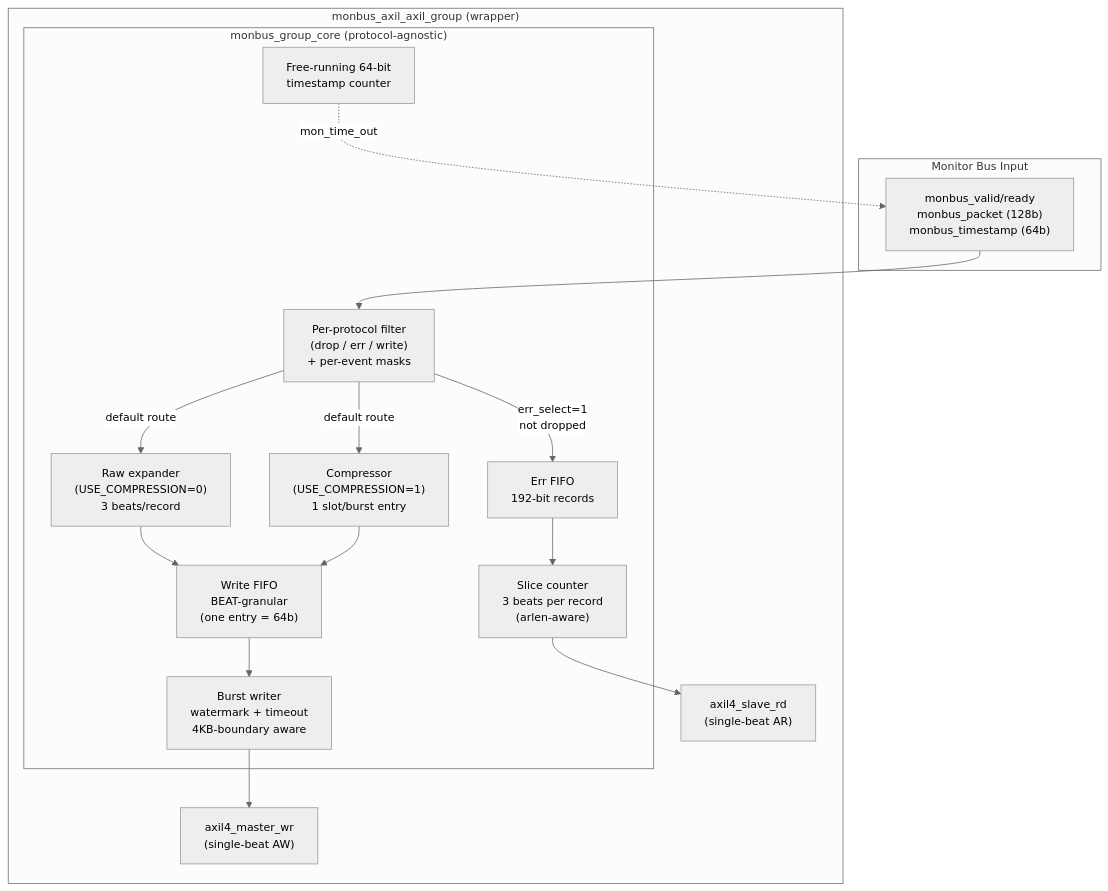
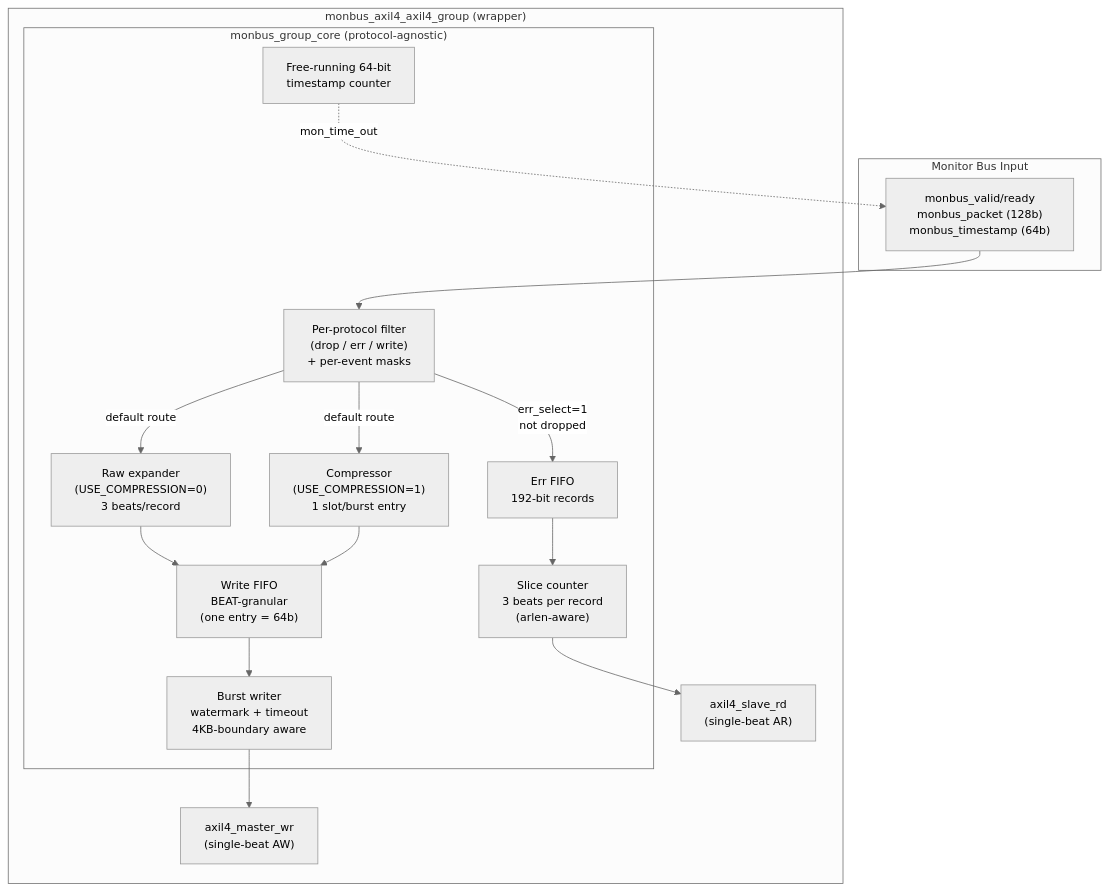
The diagram in docs/markdown/rtl-amba/monitor/monbus_group.md (sean-galloway/RTLDesignSherpa), drawn with Mermaid before and after one commit. The commit also changed other lines of this file and 61 other files, not shown here.

First line of the commit message:
refactor(amba): rename monbus_*axil_*group -> monbus_*axil4_*group

````diff
--- a/docs/markdown/rtl-amba/monitor/monbus_group.md
+++ b/docs/markdown/rtl-amba/monitor/monbus_group.md
@@ -107,34 +107,34 @@
 ```mermaid
 %%{init: {'theme': 'neutral', 'themeVariables': { 'fontSize': '14px'}}}%%
 flowchart TB
     subgraph MonInput["Monitor Bus Input"]
         MONBUS["monbus_valid/ready<br/>monbus_packet (128b)<br/>monbus_timestamp (64b)"]
     end
 
-    subgraph Wrapper["monbus_axil_axil_group (wrapper)"]
+    subgraph Wrapper["monbus_axil4_axil4_group (wrapper)"]
         subgraph Core["monbus_group_core (protocol-agnostic)"]
             FILTER["Per-protocol filter<br/>(drop / err / write)<br/>+ per-event masks"]
             ERR_FIFO["Err FIFO<br/>192-bit records"]
             WRITE_FIFO["Write FIFO<br/>BEAT-granular<br/>(one entry = 64b)"]
             TS_CTR["Free-running 64-bit<br/>timestamp counter"]
             EXP["Raw expander<br/>(USE_COMPRESSION=0)<br/>3 beats/record"]
             COMP["Compressor<br/>(USE_COMPRESSION=1)<br/>1 slot/burst entry"]
             DRAIN["Slice counter<br/>3 beats per record<br/>(arlen-aware)"]
             WRITER["Burst writer<br/>watermark + timeout<br/>4KB-boundary aware"]
         end
         AXIL_RD["axil4_slave_rd<br/>(single-beat AR)"]
         AXIL_WR["axil4_master_wr<br/>(single-beat AW)"]
     end
 
     MONBUS --> FILTER
     FILTER -- "err_select=1<br/>not dropped" --> ERR_FIFO
     FILTER -- "default route" --> EXP
     FILTER -- "default route" --> COMP
     EXP --> WRITE_FIFO
     COMP --> WRITE_FIFO
     TS_CTR -.mon_time_out.-> MONBUS
     ERR_FIFO --> DRAIN
     WRITE_FIFO --> WRITER
     DRAIN --> AXIL_RD
     WRITER --> AXIL_WR
 ```
````
